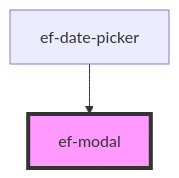
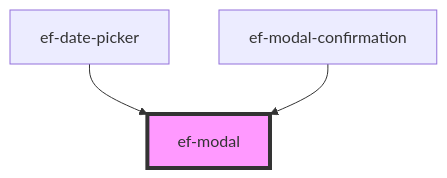
Before and after one commit to 4CodersColombia/every-framework-components: the diagram in src/components/ef-modal/readme.md, drawn with Mermaid. The commit also changed other lines of this file and 15 other files, not shown here.

````diff
--- a/src/components/ef-modal/readme.md
+++ b/src/components/ef-modal/readme.md
@@ -23,5 +24,6 @@
 ```mermaid
 graph TD;
   ef-date-picker --> ef-modal
+  ef-modal-confirmation --> ef-modal
   style ef-modal fill:#f9f,stroke:#333,stroke-width:4px
 ```
````
